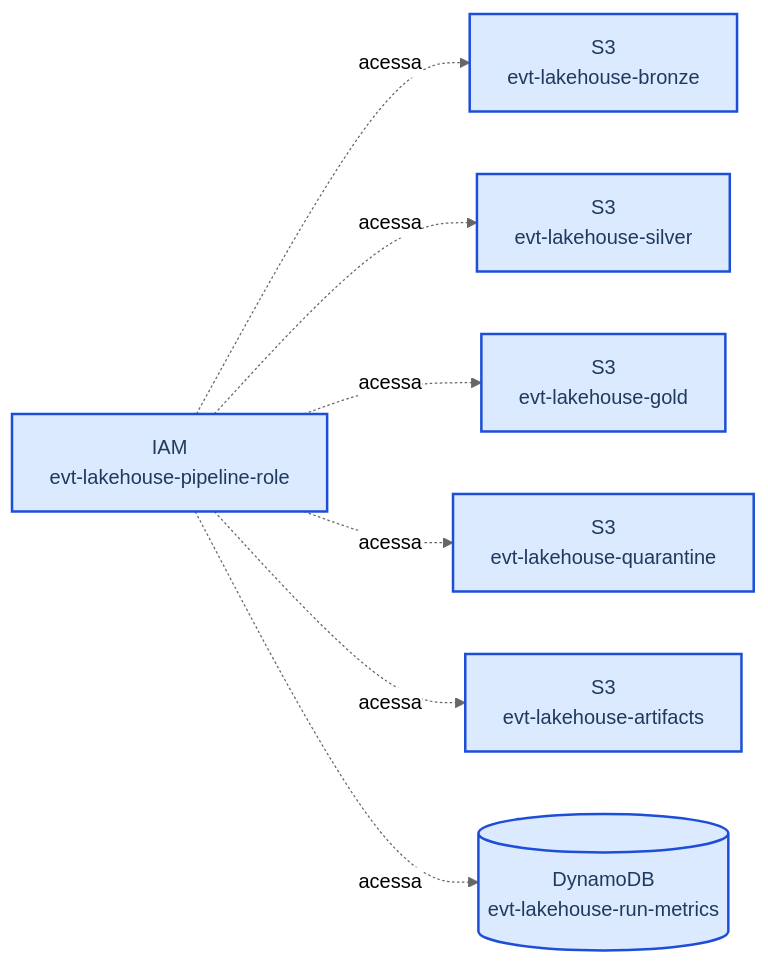
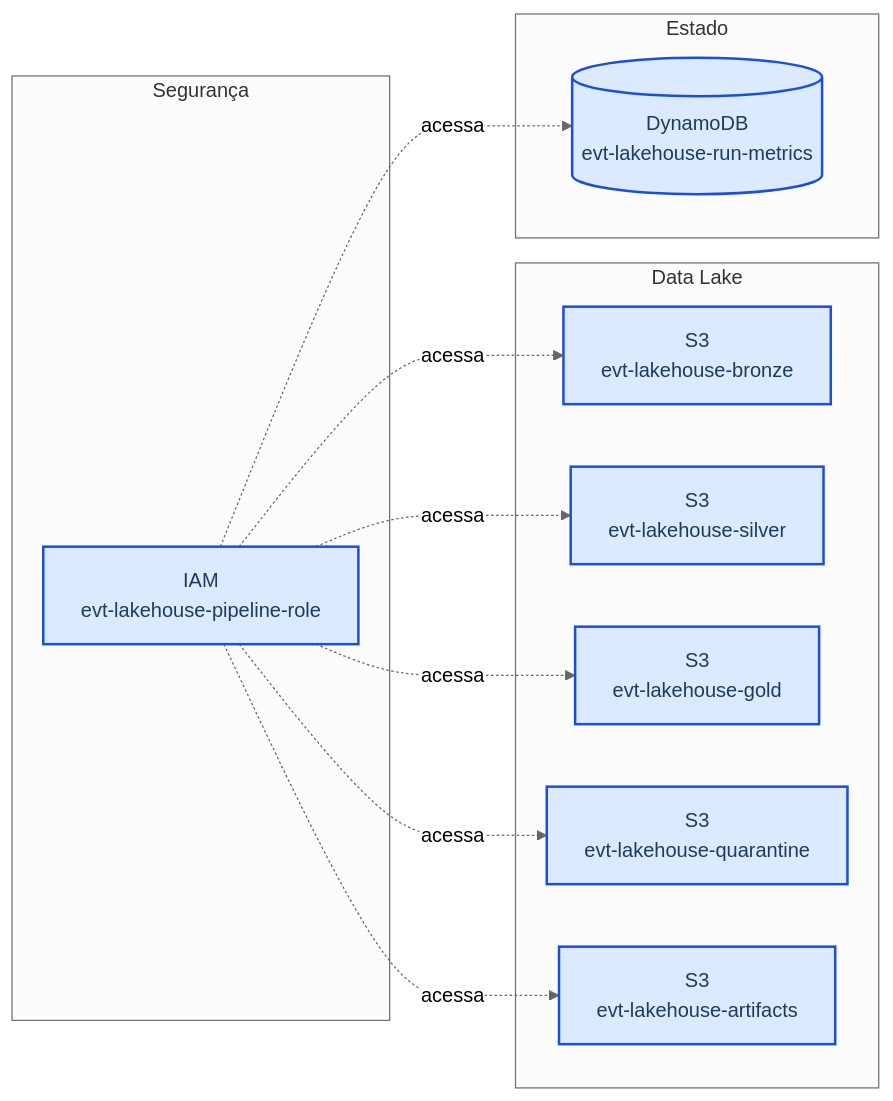
Before and after one commit to carlosr-data2/lakehouse-de-eventos-de-pagamento-com-contrato-de-dados: the second of 8 diagrams in README.md, drawn with Mermaid (neutral theme). The commit also changed other lines of this file, not shown here.

````diff
--- a/README.md
+++ b/README.md
@@ -134,19 +134,28 @@
 ```mermaid
 flowchart LR
-    bronze["S3<br/>evt-lakehouse-bronze"]
-    silver["S3<br/>evt-lakehouse-silver"]
-    gold["S3<br/>evt-lakehouse-gold"]
-    quarantine["S3<br/>evt-lakehouse-quarantine"]
-    artifacts["S3<br/>evt-lakehouse-artifacts"]
-    metrics[("DynamoDB<br/>evt-lakehouse-run-metrics")]
-    role["IAM<br/>evt-lakehouse-pipeline-role"]
+    subgraph datalake["Data Lake"]
+        bronze["S3<br/>evt-lakehouse-bronze"]
+        silver["S3<br/>evt-lakehouse-silver"]
+        gold["S3<br/>evt-lakehouse-gold"]
+        quarantine["S3<br/>evt-lakehouse-quarantine"]
+        artifacts["S3<br/>evt-lakehouse-artifacts"]
+    end
+
+    subgraph estado["Estado"]
+        metrics[("DynamoDB<br/>evt-lakehouse-run-metrics")]
+    end
+
+    subgraph seguranca["Segurança"]
+        role["IAM<br/>evt-lakehouse-pipeline-role"]
+    end
+
     role -.->|acessa| bronze
     role -.->|acessa| silver
     role -.->|acessa| gold
     role -.->|acessa| quarantine
     role -.->|acessa| artifacts
     role -.->|acessa| metrics
     classDef novo fill:#dbeafe,stroke:#1d4ed8,stroke-width:2px,color:#1e3a5f
     classDef existente fill:#f1f5f9,stroke:#94a3b8,stroke-width:1px,stroke-dasharray:4 3,color:#334155
     class bronze,silver,gold,quarantine,artifacts,metrics,role novo
 ```
````
